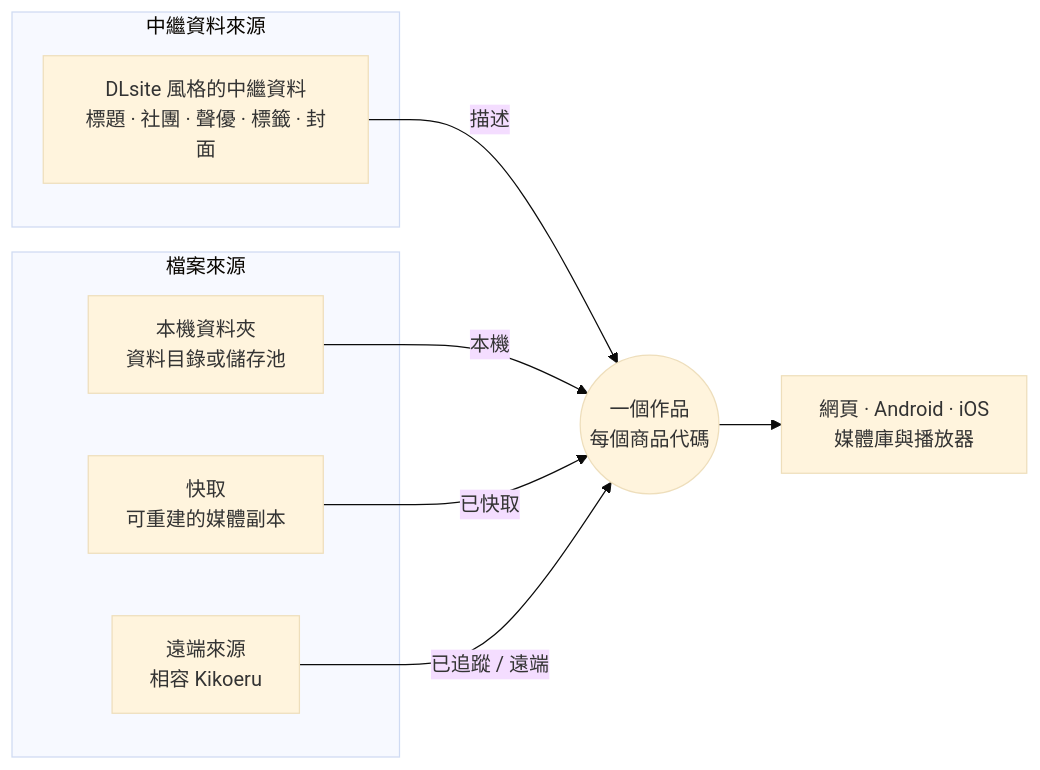
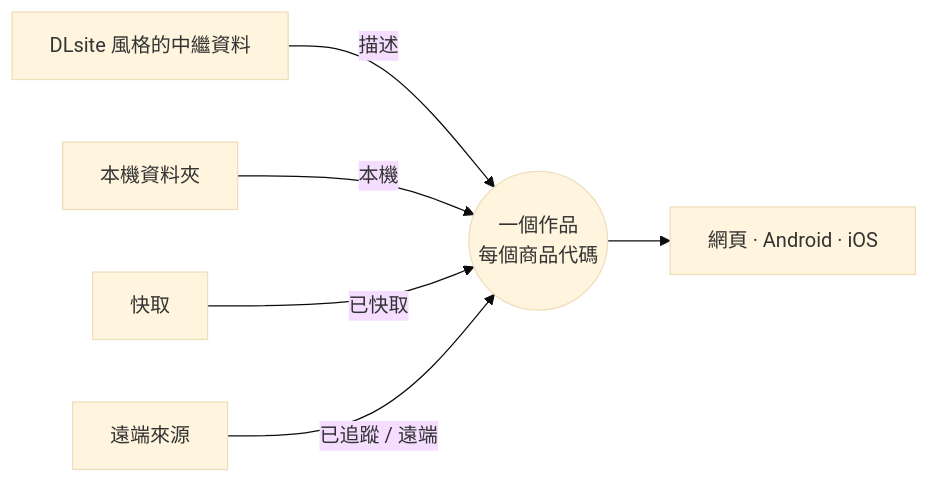
Before and after one commit to yexca/kikoto: the diagram in docs/readme/README.zh-Hant.md, drawn with Mermaid (base theme). The commit also changed other lines of this file and 21 other files, not shown here.

````diff
--- a/docs/readme/README.zh-Hant.md
+++ b/docs/readme/README.zh-Hant.md
@@ -116,18 +77,8 @@
 ```mermaid
 flowchart LR
-  subgraph Metadata["中繼資料來源"]
-    MD["DLsite 風格的中繼資料<br/>標題 · 社團 · 聲優 · 標籤 · 封面"]
-  end
-
-  subgraph Files["檔案來源"]
-    LF["本機資料夾<br/>資料目錄或儲存池"]
-    CA["快取<br/>可重建的媒體副本"]
-    RS["遠端來源<br/>相容 Kikoeru"]
-  end
-
-  MD -- 描述 --> W(("一個作品<br/>每個商品代碼"))
-  LF -- 本機 --> W
-  CA -- 已快取 --> W
-  RS -- "已追蹤 / 遠端" --> W
-  W --> UI["網頁 · Android · iOS<br/>媒體庫與播放器"]
+  MD["DLsite 風格的中繼資料"] -- 描述 --> W(("一個作品<br/>每個商品代碼"))
+  LF["本機資料夾"] -- 本機 --> W
+  CA["快取"] -- 已快取 --> W
+  RS["遠端來源"] -- "已追蹤 / 遠端" --> W
+  W --> UI["網頁 · Android · iOS"]
 ```
````
